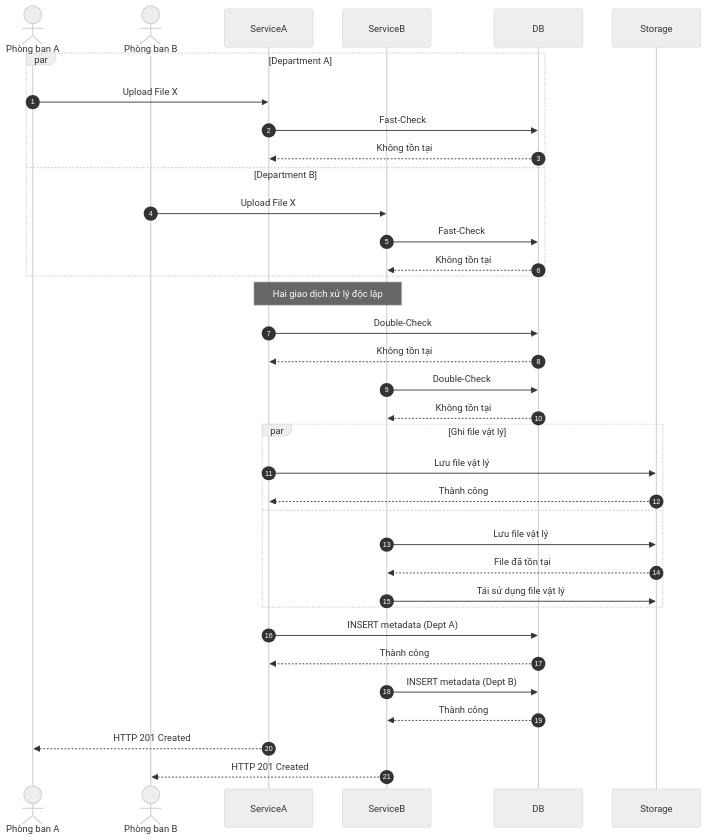
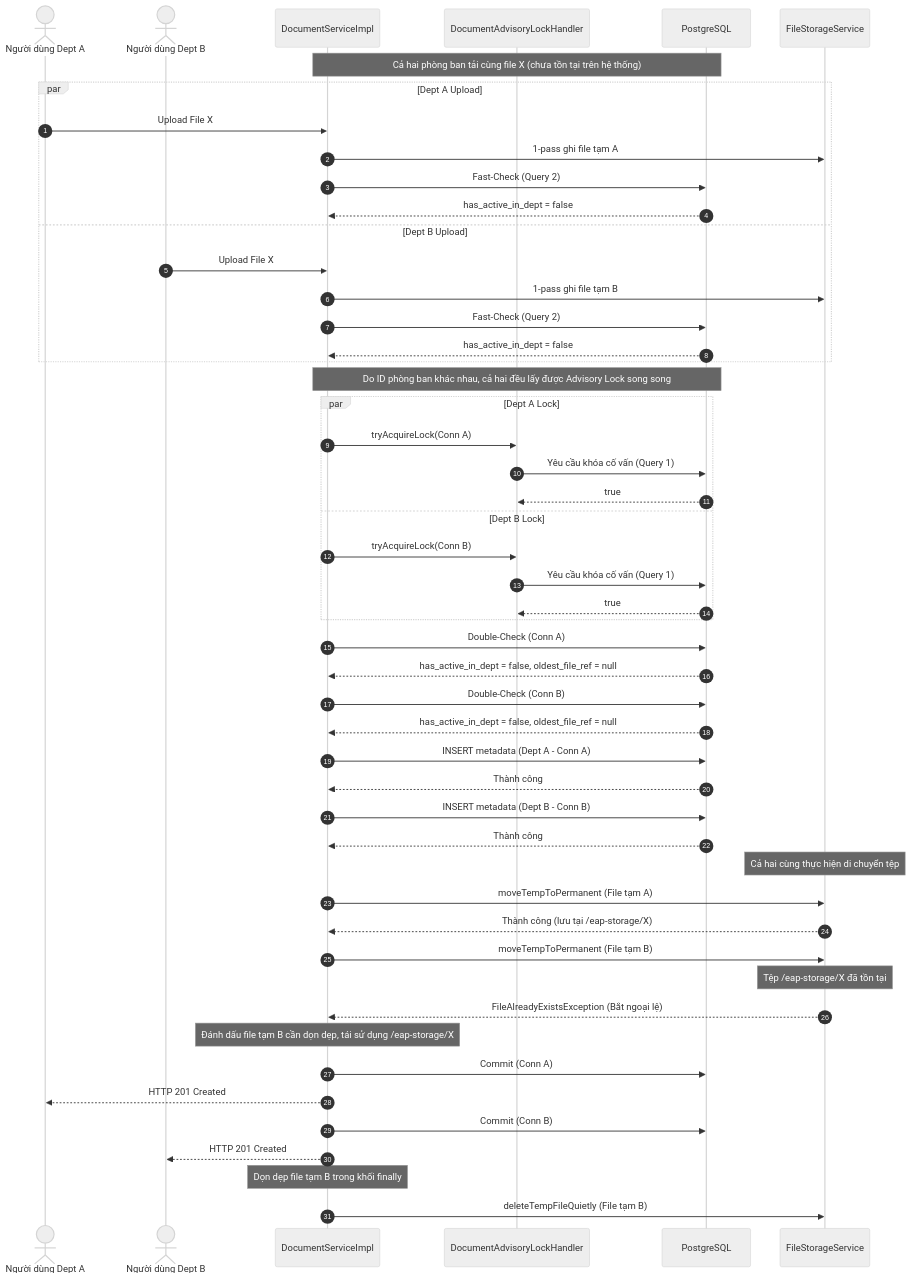
The second of 3 diagrams in eap/docs/week2/DetailedDesign.md (thanhhuong1523/enterprise-ai-systems), drawn with Mermaid (neutral theme) before and after one commit. The commit also changed other lines of this file and 28 other files, not shown here.

````diff
--- a/eap/docs/week2/DetailedDesign.md
+++ b/eap/docs/week2/DetailedDesign.md
@@ -283,48 +292,62 @@
 ```mermaid
 sequenceDiagram
     autonumber
+    actor UserA as Người dùng Dept A
+    actor UserB as Người dùng Dept B
+    participant Service as DocumentServiceImpl
+    participant Lock as DocumentAdvisoryLockHandler
+    participant DB as PostgreSQL
+    participant Storage as FileStorageService
 
-    actor UserA as Phòng ban A
-    actor UserB as Phòng ban B
-
-    participant ServiceA
-    participant ServiceB
-    participant DB
-    participant Storage
-
-    par Department A
-        UserA->>ServiceA: Upload File X
-        ServiceA->>DB: Fast-Check
-        DB-->>ServiceA: Không tồn tại
-    and Department B
-        UserB->>ServiceB: Upload File X
-        ServiceB->>DB: Fast-Check
-        DB-->>ServiceB: Không tồn tại
+    Note over Service,DB: Cả hai phòng ban tải cùng file X (chưa tồn tại trên hệ thống)
+    par Dept A Upload
+        UserA->>Service: Upload File X
+        Service->>Storage: 1-pass ghi file tạm A
+        Service->>DB: Fast-Check (Query 2)
+        DB-->>Service: has_active_in_dept = false
+    and Dept B Upload
+        UserB->>Service: Upload File X
+        Service->>Storage: 1-pass ghi file tạm B
+        Service->>DB: Fast-Check (Query 2)
+        DB-->>Service: has_active_in_dept = false
     end
 
-    Note over ServiceA,ServiceB: Hai giao dịch xử lý độc lập
-
-    ServiceA->>DB: Double-Check
-    DB-->>ServiceA: Không tồn tại
-
-    ServiceB->>DB: Double-Check
-    DB-->>ServiceB: Không tồn tại
-
-    par Ghi file vật lý
-        ServiceA->>Storage: Lưu file vật lý
-        Storage-->>ServiceA: Thành công
-    and
-        ServiceB->>Storage: Lưu file vật lý
-        Storage-->>ServiceB: File đã tồn tại
-        ServiceB->>Storage: Tái sử dụng file vật lý
+    Note over Service,DB: Do ID phòng ban khác nhau, cả hai đều lấy được Advisory Lock song song
+    par Dept A Lock
+        Service->>Lock: tryAcquireLock(Conn A)
+        Lock->>DB: Yêu cầu khóa cố vấn (Query 1)
+        DB-->>Lock: true
+    and Dept B Lock
+        Service->>Lock: tryAcquireLock(Conn B)
+        Lock->>DB: Yêu cầu khóa cố vấn (Query 1)
+        DB-->>Lock: true
     end
 
-    ServiceA->>DB: INSERT metadata (Dept A)
-    DB-->>ServiceA: Thành công
+    Service->>DB: Double-Check (Conn A)
+    DB-->>Service: has_active_in_dept = false, oldest_file_ref = null
+    Service->>DB: Double-Check (Conn B)
+    DB-->>Service: has_active_in_dept = false, oldest_file_ref = null
 
-    ServiceB->>DB: INSERT metadata (Dept B)
-    DB-->>ServiceB: Thành công
+    Service->>DB: INSERT metadata (Dept A - Conn A)
+    DB-->>Service: Thành công
+    Service->>DB: INSERT metadata (Dept B - Conn B)
+    DB-->>Service: Thành công
 
-    ServiceA-->>UserA: HTTP 201 Created
-    ServiceB-->>UserB: HTTP 201 Created
+    Note over Storage: Cả hai cùng thực hiện di chuyển tệp
+    Service->>Storage: moveTempToPermanent (File tạm A)
+    Storage-->>Service: Thành công (lưu tại /eap-storage/X)
+
+    Service->>Storage: moveTempToPermanent (File tạm B)
+    Note over Storage: Tệp /eap-storage/X đã tồn tại
+    Storage-->>Service: FileAlreadyExistsException (Bắt ngoại lệ)
+    Note over Service: Đánh dấu file tạm B cần dọn dẹp, tái sử dụng /eap-storage/X
+
+    Service->>DB: Commit (Conn A)
+    Service-->>UserA: HTTP 201 Created
+    
+    Service->>DB: Commit (Conn B)
+    Service-->>UserB: HTTP 201 Created
+
+    Note over Service: Dọn dẹp file tạm B trong khối finally
+    Service->>Storage: deleteTempFileQuietly (File tạm B)
 ```
````
